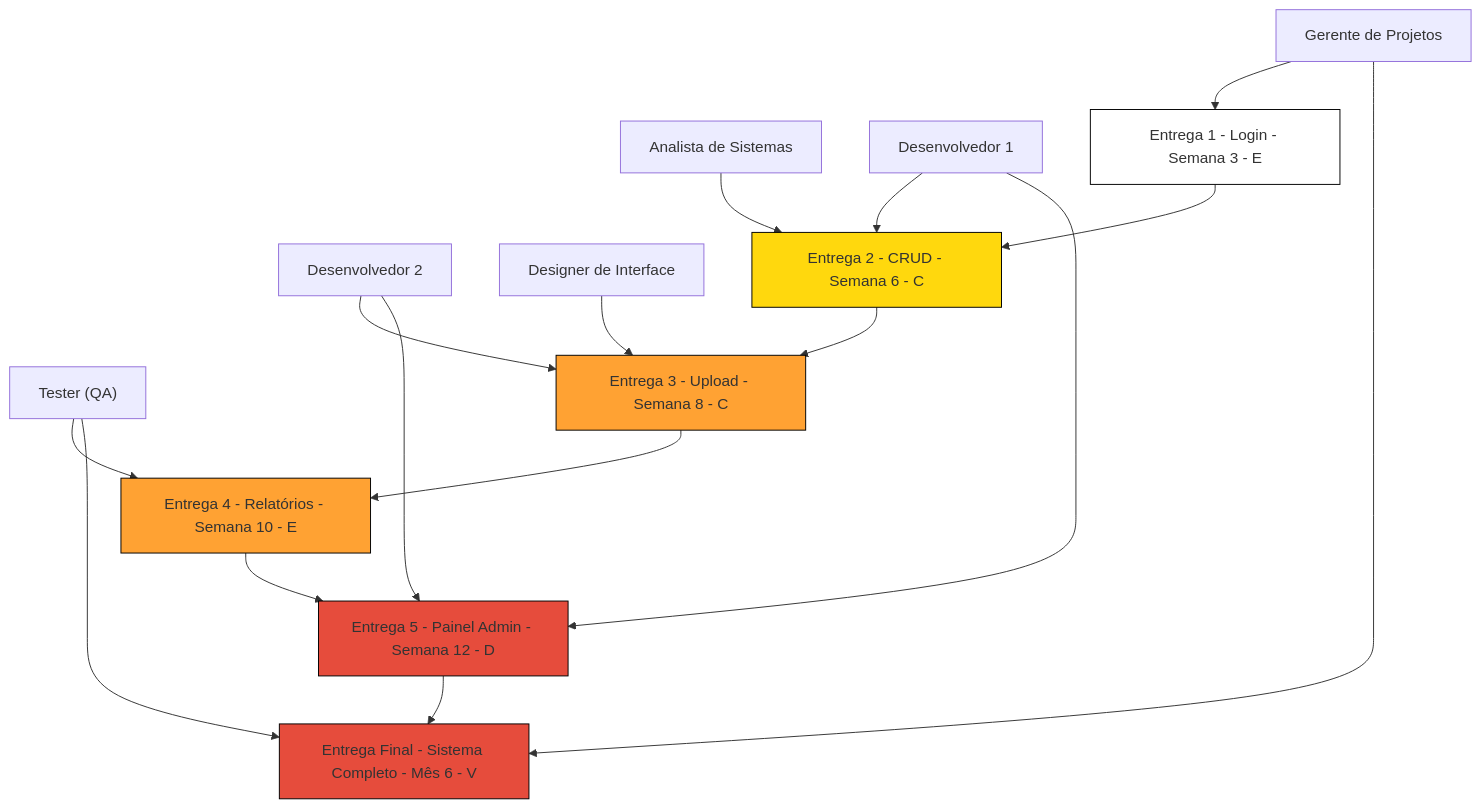
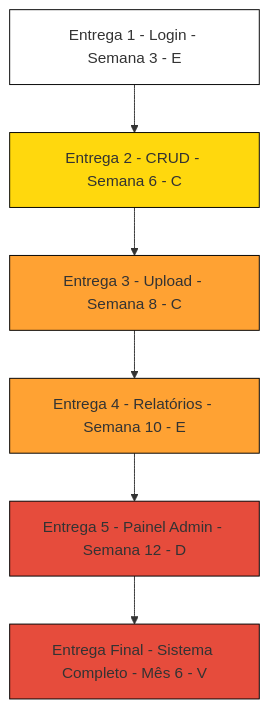
Before and after one commit to AnandaMazine/Metodo-Agil-Crystal: the first of 3 diagrams in README.md, drawn with Mermaid.

````diff
--- a/README.md
+++ b/README.md
@@ -3,42 +3,18 @@
 ```mermaid
 graph TD
-    %% Setores e funções
-    GP["Gerente de Projetos"]
-    AS["Analista de Sistemas"]
-    DEV1["Desenvolvedor 1"]
-    DEV2["Desenvolvedor 2"]
-    UI["Designer de Interface"]
-    QA["Tester (QA)"]
-
-    %% Entregas
     E1["Entrega 1 - Login - Semana 3 - E"]:::branco
     E2["Entrega 2 - CRUD - Semana 6 - C"]:::amarelo
     E3["Entrega 3 - Upload - Semana 8 - C"]:::laranja
     E4["Entrega 4 - Relatórios - Semana 10 - E"]:::laranja
     E5["Entrega 5 - Painel Admin - Semana 12 - D"]:::vermelho
     EF["Entrega Final - Sistema Completo - Mês 6 - V"]:::vermelho
 
-    %% Fluxo das entregas
     E1 --> E2 --> E3 --> E4 --> E5 --> EF
-
-    %% Responsáveis por entrega
-    GP --> E1
-    AS --> E2
-    DEV1 --> E2
-    DEV2 --> E3
-    UI --> E3
-    QA --> E4
-    DEV1 --> E5
-    DEV2 --> E5
-    GP --> EF
-    QA --> EF
 
 %% Definições de estilo
 classDef branco fill:#ffffff,stroke:#000,stroke-width:1px;
 classDef amarelo fill:#FFD80D,stroke:#000,stroke-width:1px;
 classDef laranja fill:#FFA233,stroke:#000,stroke-width:1px;
 classDef vermelho fill:#E64C3C,stroke:#000,stroke-width:1px;
 
-
-
 ```
````
